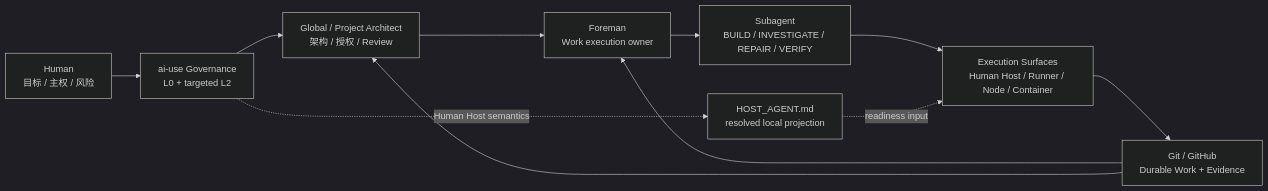
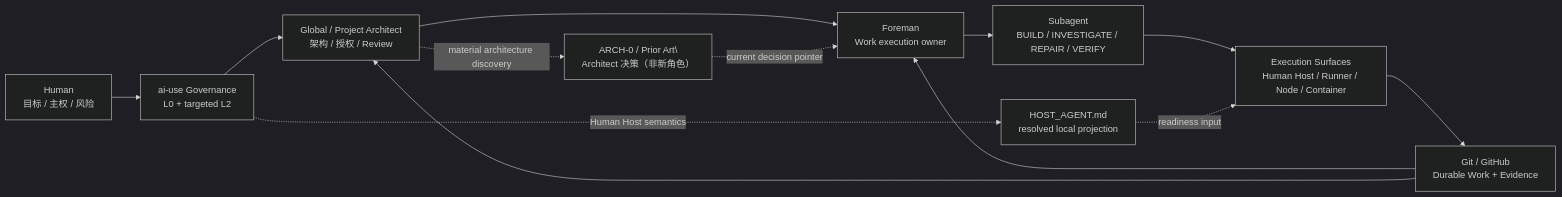
Before and after one commit to youling/ai-use: the diagram in README.md, drawn with Mermaid (dark theme). The commit also changed other lines of this file and 3 other files, not shown here.

````diff
--- a/README.md
+++ b/README.md
@@ -13,13 +13,15 @@
 ```mermaid
 flowchart LR
   H["Human\n目标 / 主权 / 风险"] --> G["ai-use Governance\nL0 + targeted L2"]
   G --> A["Global / Project Architect\n架构 / 授权 / Review"]
   A --> F["Foreman\nWork execution owner"]
+  A -. "material architecture discovery" .-> R["ARCH-0 / Prior Art\\nArchitect 决策（非新角色）"]
+  R -. "current decision pointer" .-> F
   F --> S["Subagent\nBUILD / INVESTIGATE / REPAIR / VERIFY"]
   S --> X["Execution Surfaces\nHuman Host / Runner / Node / Container"]
   X --> D["Git / GitHub\nDurable Work + Evidence"]
   D --> F
   D --> A
   G -. "Human Host semantics" .-> HH["HOST_AGENT.md\nresolved local projection"]
   HH -. "readiness input" .-> X
 ```
````
